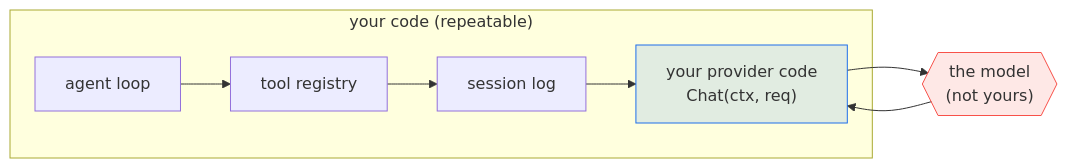
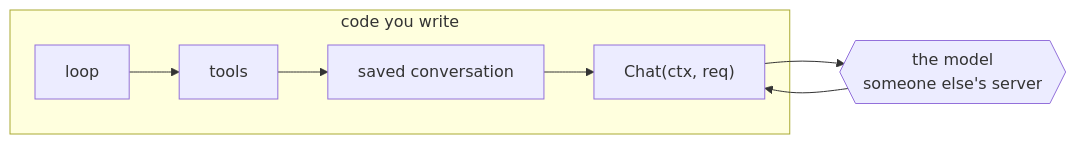
One commit to theakhandpatel/kata changed the first of 2 diagrams in chapters/01-chat-with-the-model/overview.md. Above: the diagram before and after it, drawn with Mermaid. The commit also changed other lines of this file and 3 other files, not shown here.

````diff
--- a/chapters/01-chat-with-the-model/overview.md
+++ b/chapters/01-chat-with-the-model/overview.md
@@ -22,13 +21,10 @@
 ```mermaid
 flowchart LR
-    subgraph yours["your code (repeatable)"]
-        L[agent loop] --> T[tool registry]
-        T --> S[session log]
+    subgraph yours["code you write"]
+        L[loop] --> T[tools]
+        T --> S[saved conversation]
         S --> P
     end
-    P["your provider code<br/>Chat(ctx, req)"] --> M{{"the model<br/>(not yours)"}}
+    P["Chat(ctx, req)"] --> M{{"the model<br/>someone else's server"}}
     M --> P
-
-    style P fill:#1f6feb22,stroke:#1f6feb
-    style M fill:#f8514922,stroke:#f85149
 ```
````
